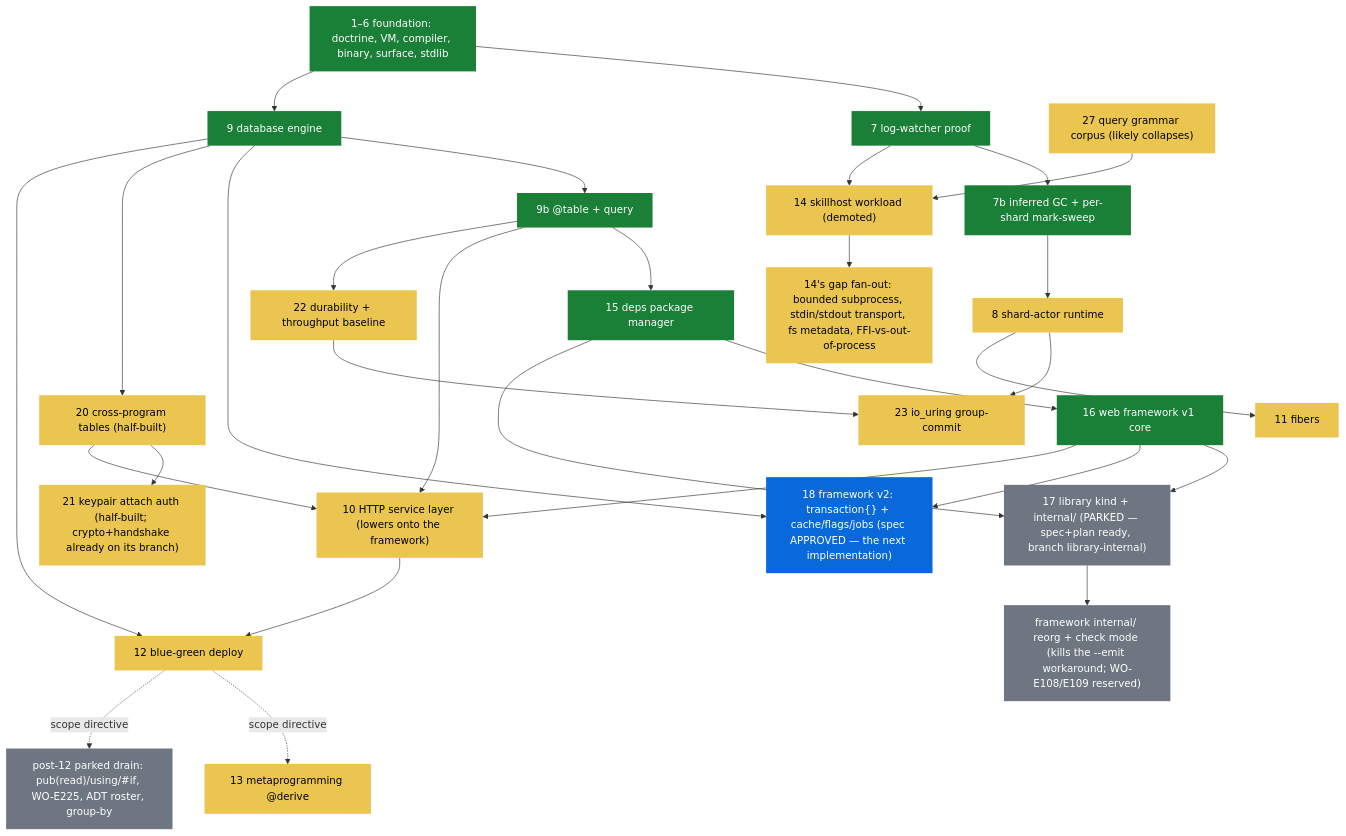
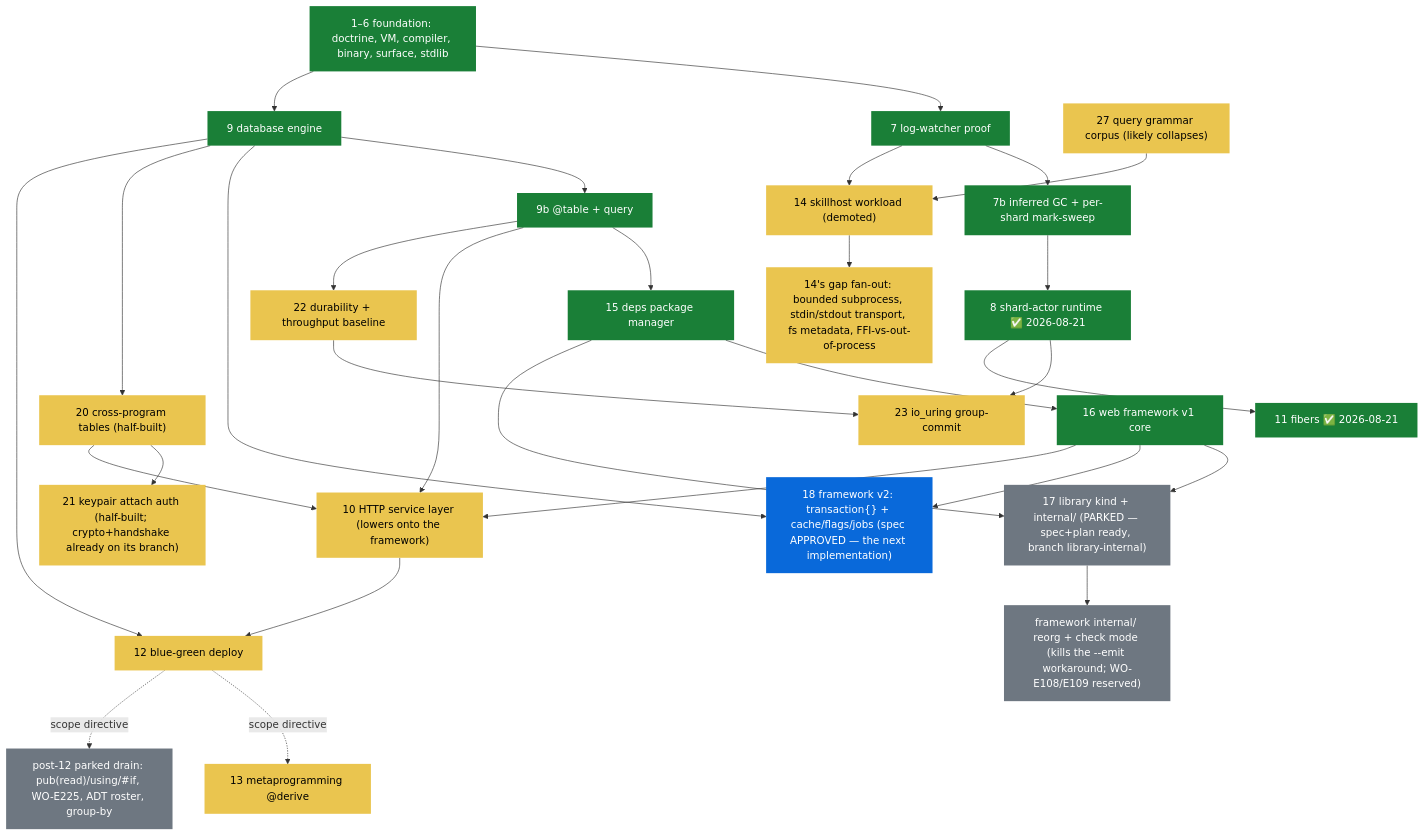
One commit to shoneyJ/writeonce changed the first of 4 diagrams in docs/00-dependency-graph.md. Above: the diagram before and after it, drawn with Mermaid. The commit also changed 19 other files, not shown here.

````diff
--- a/docs/00-dependency-graph.md
+++ b/docs/00-dependency-graph.md
@@ -14,62 +14,62 @@
 ```mermaid
 flowchart TD
     classDef done fill:#1a7f37,color:#fff,stroke:none
     classDef parked fill:#6e7781,color:#fff,stroke:none
     classDef specd fill:#0969da,color:#fff,stroke:none
     classDef open fill:#eac54f,color:#000,stroke:none
 
     FOUND["1–6 foundation: doctrine, VM, compiler, binary, surface, stdlib"]:::done
     I7["7 log-watcher proof"]:::done
     I7b["7b inferred GC + per-shard mark-sweep"]:::done
     I9["9 database engine"]:::done
     I9b["9b @table + query"]:::done
     I15["15 deps package manager"]:::done
     I16["16 web framework v1 core"]:::done
 
     I17["17 library kind + internal/ (PARKED — spec+plan ready, branch library-internal)"]:::parked
     FWREORG["framework internal/ reorg + check mode (kills the --emit workaround; WO-E108/E109 reserved)"]:::parked
     I18["18 framework v2: transaction{} + cache/flags/jobs (spec APPROVED — the next implementation)"]:::specd
 
     I9c["20 cross-program tables (half-built)"]:::open
     I9d["21 keypair attach auth (half-built; crypto+handshake already on its branch)"]:::open
     I9e["22 durability + throughput baseline"]:::open
-    I8["8 shard-actor runtime"]:::open
+    I8["8 shard-actor runtime ✅ 2026-08-21"]:::done
     I9f["23 io_uring group-commit"]:::open
     I10["10 HTTP service layer (lowers onto the framework)"]:::open
-    I11["11 fibers"]:::open
+    I11["11 fibers ✅ 2026-08-21"]:::done
     I12["12 blue-green deploy"]:::open
     I13["13 metaprogramming @derive"]:::open
     I14["14 skillhost workload (demoted)"]:::open
     I9g["27 query grammar corpus (likely collapses)"]:::open
     GAPS["14's gap fan-out: bounded subprocess, stdin/stdout transport, fs metadata, FFI-vs-out-of-process"]:::open
     DRAIN["post-12 parked drain: pub(read)/using/#if, WO-E225, ADT roster, group-by"]:::parked
 
     FOUND --> I7
     FOUND --> I9
     I7 --> I7b
     I9 --> I9b
     I9b --> I15
     I15 --> I16
     I15 --> I17
     I16 --> I17
     I17 --> FWREORG
     I9 --> I18
     I16 --> I18
     I9 --> I9c
     I9c --> I9d
     I9c --> I10
     I9b --> I10
     I16 --> I10
     I9b --> I9e
     I7b --> I8
     I9e --> I9f
     I8 --> I9f
     I8 --> I11
     I9 --> I12
     I10 --> I12
     I9g --> I14
     I7 --> I14
     I14 --> GAPS
     I12 -.scope directive.-> I13
     I12 -.scope directive.-> DRAIN
 ```
````
